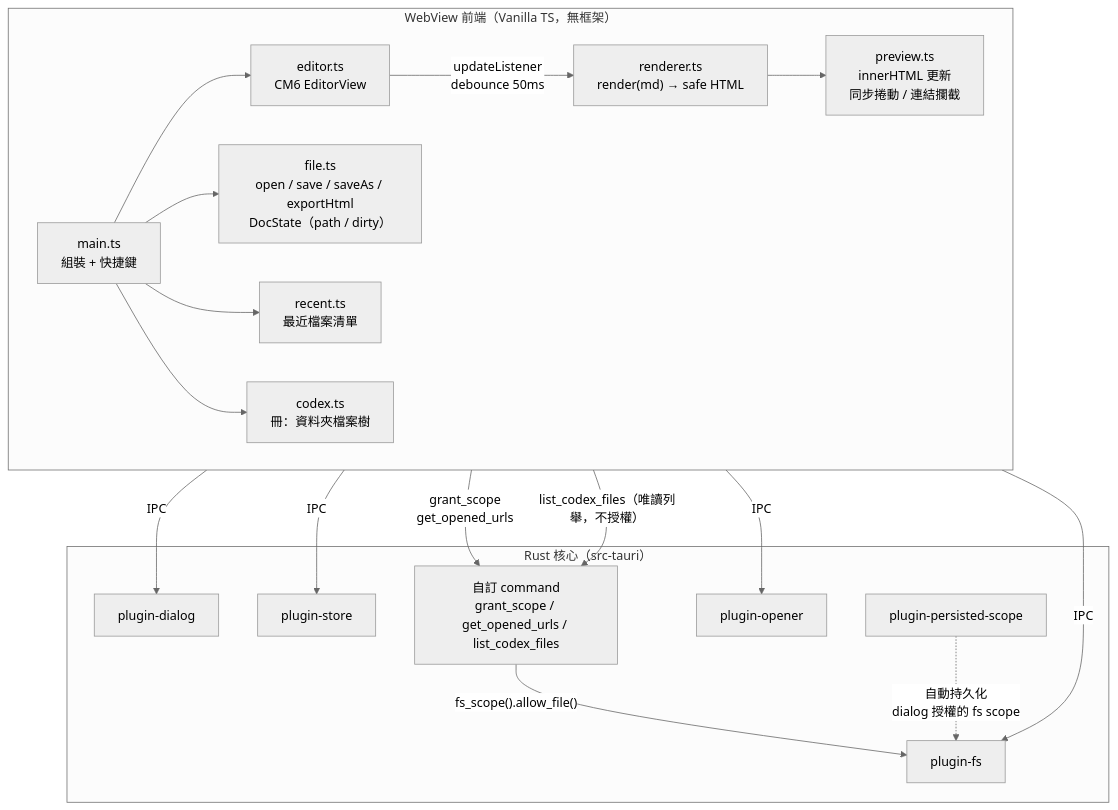
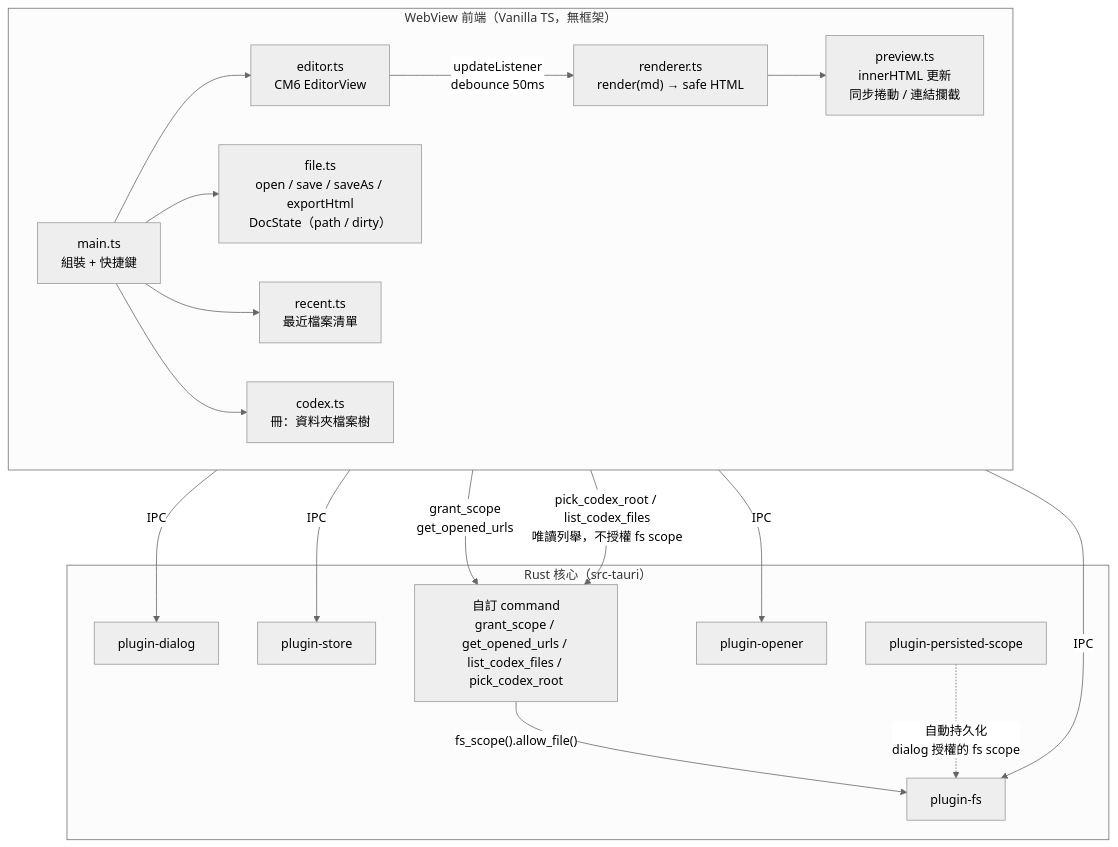
Before and after one commit to tznthou/plume: the diagram in docs/SPEC.md, drawn with Mermaid (neutral theme). The commit also changed other lines of this file and 13 other files, not shown here.

````diff
--- a/docs/SPEC.md
+++ b/docs/SPEC.md
@@ -5,30 +5,30 @@
 ```mermaid
 flowchart TB
     subgraph WebView["WebView 前端（Vanilla TS，無框架）"]
         direction LR
         main["main.ts<br/>組裝 + 快捷鍵"]
         editor["editor.ts<br/>CM6 EditorView"]
         renderer["renderer.ts<br/>render(md) → safe HTML"]
         preview["preview.ts<br/>innerHTML 更新<br/>同步捲動 / 連結攔截"]
         file["file.ts<br/>open / save / saveAs / exportHtml<br/>DocState（path / dirty）"]
         recent["recent.ts<br/>最近檔案清單"]
         codex["codex.ts<br/>冊：資料夾檔案樹"]
     end
     subgraph RustCore["Rust 核心（src-tauri）"]
         dialog["plugin-dialog"]
         fs["plugin-fs"]
         store["plugin-store"]
         pscope["plugin-persisted-scope"]
         opener["plugin-opener"]
-        cmd["自訂 command<br/>grant_scope / get_opened_urls / list_codex_files"]
+        cmd["自訂 command<br/>grant_scope / get_opened_urls / list_codex_files / pick_codex_root"]
     end
     editor -- "updateListener<br/>debounce 50ms" --> renderer --> preview
     main --> editor & file & recent & codex
     file -- IPC --> dialog & fs
     main -- "grant_scope<br/>get_opened_urls" --> cmd
-    codex -- "list_codex_files（唯讀列舉，不授權）" --> cmd
+    codex -- "pick_codex_root / list_codex_files<br/>唯讀列舉，不授權 fs scope" --> cmd
     cmd -- "fs_scope().allow_file()" --> fs
     recent -- IPC --> store
     preview -- IPC --> opener
     pscope -. "自動持久化<br/>dialog 授權的 fs scope" .-> fs
 ```
````
